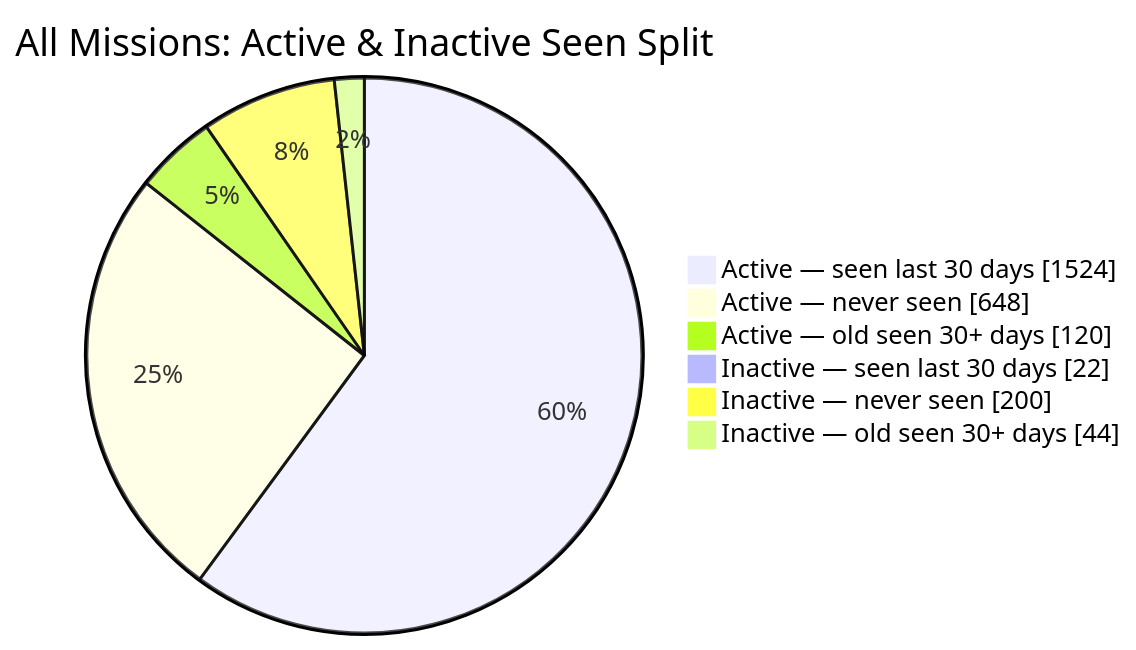
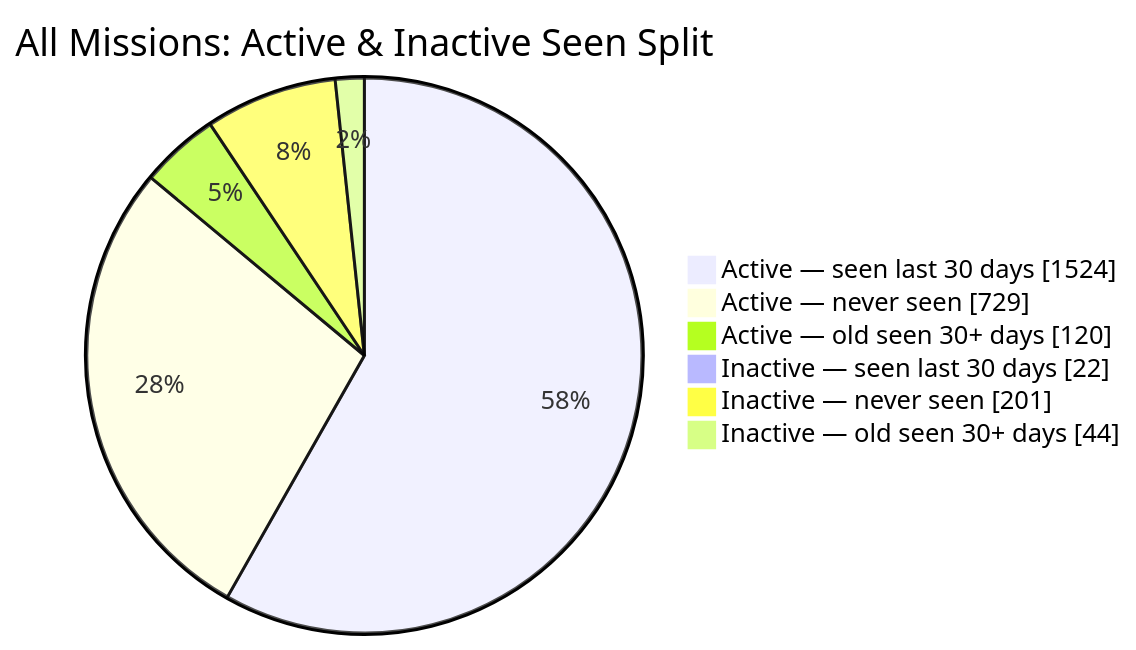
Before and after one commit to MeldkamerspelGameTeam/active-missions: the second of 2 diagrams in README.md, drawn with Mermaid. The commit also changed other lines of this file and 4 other files, not shown here.

````diff
--- a/README.md
+++ b/README.md
@@ -44,10 +44,10 @@
 ```mermaid
 pie showData
     title All Missions: Active & Inactive Seen Split
     "Active — seen last 30 days" : 1524
-    "Active — never seen" : 648
+    "Active — never seen" : 729
     "Active — old seen 30+ days" : 120
     "Inactive — seen last 30 days" : 22
-    "Inactive — never seen" : 200
+    "Inactive — never seen" : 201
     "Inactive — old seen 30+ days" : 44
 ```
````
